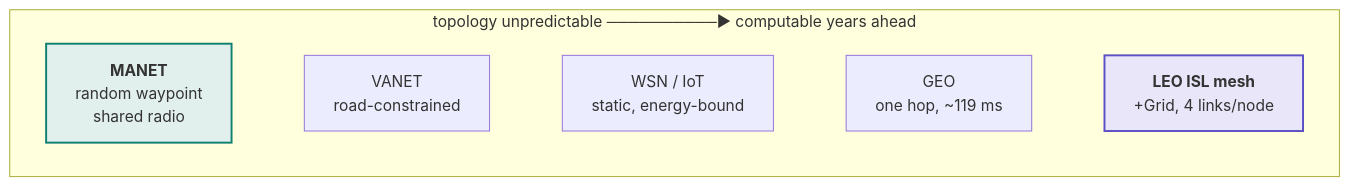
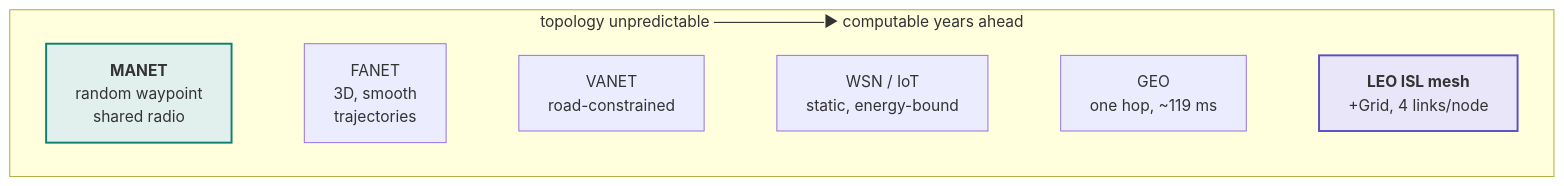
Before and after one commit to danieljoppi/AntHocNet: the first of 3 diagrams in docs/network-regimes.md, drawn with Mermaid. The commit also changed other lines of this file and 2 other files, not shown here.

````diff
--- a/docs/network-regimes.md
+++ b/docs/network-regimes.md
@@ -21,14 +21,15 @@
 ```mermaid
 flowchart LR
     subgraph axis [" topology unpredictable  ──────────▶  computable years ahead "]
     direction LR
     A["<b>MANET</b><br/>random waypoint<br/>shared radio"]
+    F["FANET<br/>3D, smooth<br/>trajectories"]
     B["VANET<br/>road-constrained"]
     C["WSN / IoT<br/>static, energy-bound"]
     D["GEO<br/>one hop, ~119 ms"]
     E["<b>LEO ISL mesh</b><br/>+Grid, 4 links/node"]
-    A ~~~ B ~~~ C ~~~ D ~~~ E
+    A ~~~ F ~~~ B ~~~ C ~~~ D ~~~ E
     end
     style A fill:#e2f0ed,stroke:#0f7f70,stroke-width:2px
     style E fill:#e8e6f8,stroke:#5b4fc4,stroke-width:2px
 ```
````
